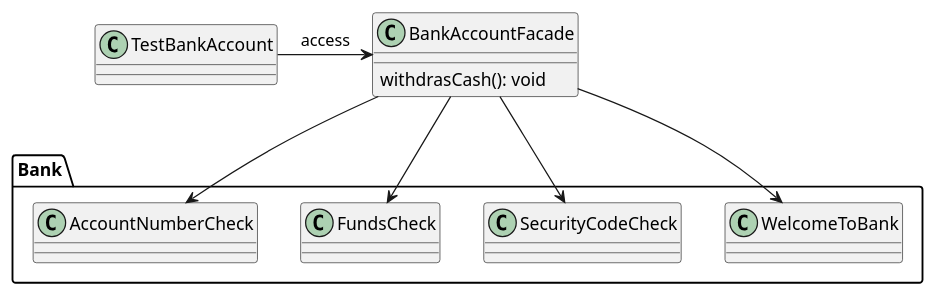
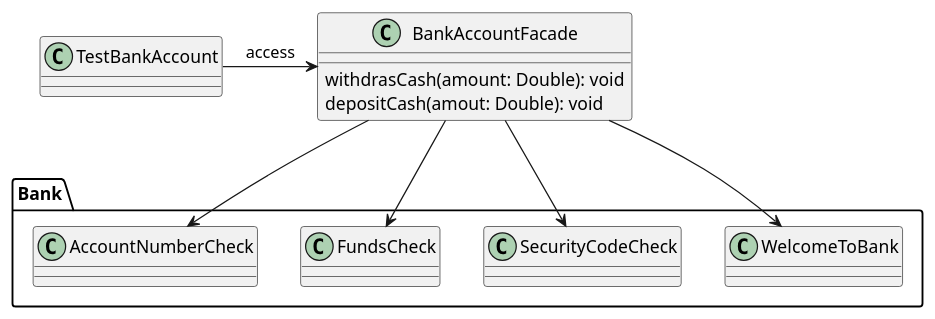
The diagram in src/main/java/Facade/Bank/README.md (yvanross/LOG121-GOF-exemples), drawn with PlantUML before and after one commit. The commit also changed 15 other files, not shown here.

````diff
--- a/src/main/java/Facade/Bank/README.md
+++ b/src/main/java/Facade/Bank/README.md
@@ -3,27 +3,28 @@
 ```plantuml
 @startuml
 skinparam style strict
 
 package Bank {
 class AccountNumberCheck
 class FundsCheck
 class SecurityCodeCheck 
 class WelcomeToBank
 }
 
 class TestBankAccount 
 
 class BankAccountFacade {
   
-  withdrasCash(): void
+  withdrasCash(amount: Double): void
+  depositCash(amout: Double): void
 
 }
 BankAccountFacade --> WelcomeToBank
 BankAccountFacade --> AccountNumberCheck
 BankAccountFacade --> SecurityCodeCheck
 BankAccountFacade --> FundsCheck
 
 TestBankAccount -> BankAccountFacade: access
 
 @enduml
 ```
````
